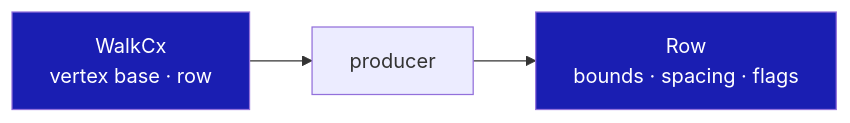
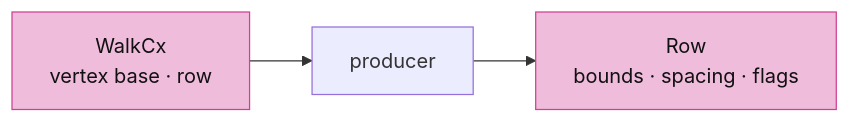
Before and after one commit to petrasvestartas/session: the fourth of 14 diagrams in session_viewer/docs/06-cad-contract.md, drawn with Mermaid. The commit also changed other lines of this file and 23 other files, not shown here.

Commit message:
Course: Mermaid nodes white with black text, highlighted nodes pink, white arrows and edge labels on the black ground

````diff
--- a/session_viewer/docs/06-cad-contract.md
+++ b/session_viewer/docs/06-cad-contract.md
@@ -68,7 +68,7 @@
 ```mermaid
 flowchart LR
     C["WalkCx<br/>vertex base · row"] --> P["producer"]
     P --> R["Row<br/>bounds · spacing · flags"]
-    style C fill:#1a1eb2,color:#fff
-    style R fill:#1a1eb2,color:#fff
+    style C fill:#f0bcdb,stroke:#ce4095,color:#111
+    style R fill:#f0bcdb,stroke:#ce4095,color:#111
 ```
````
